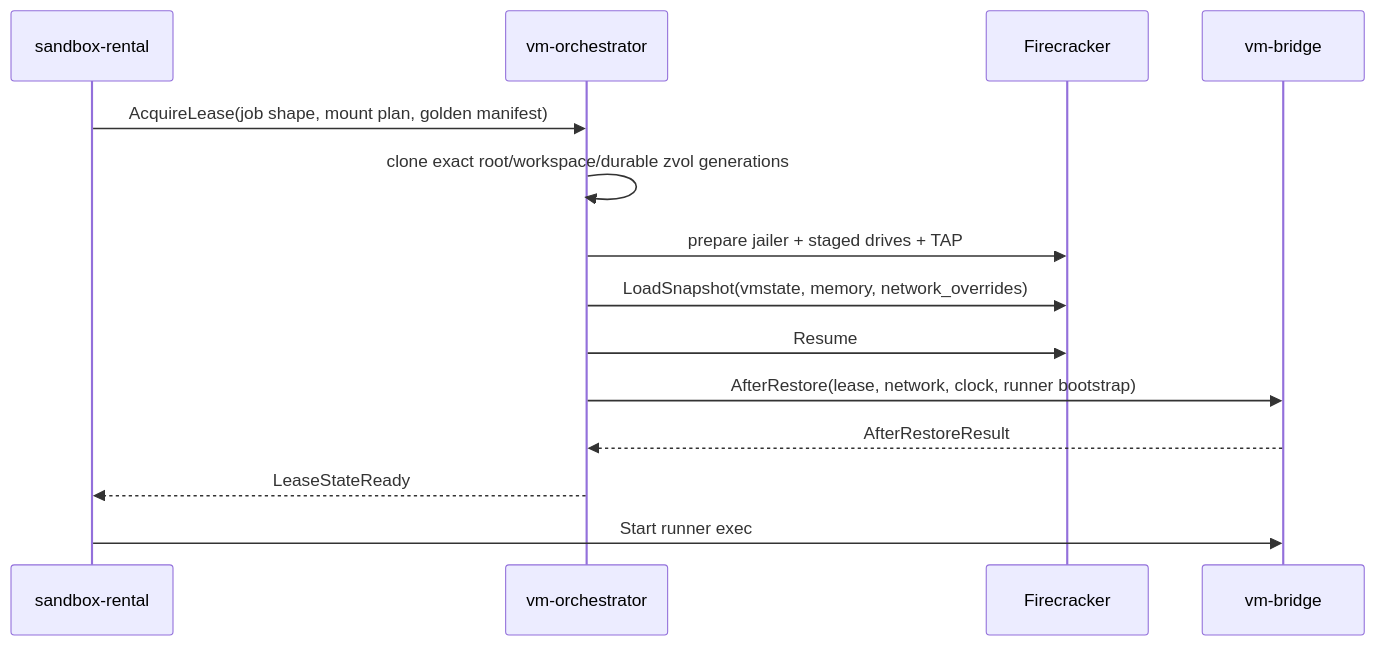
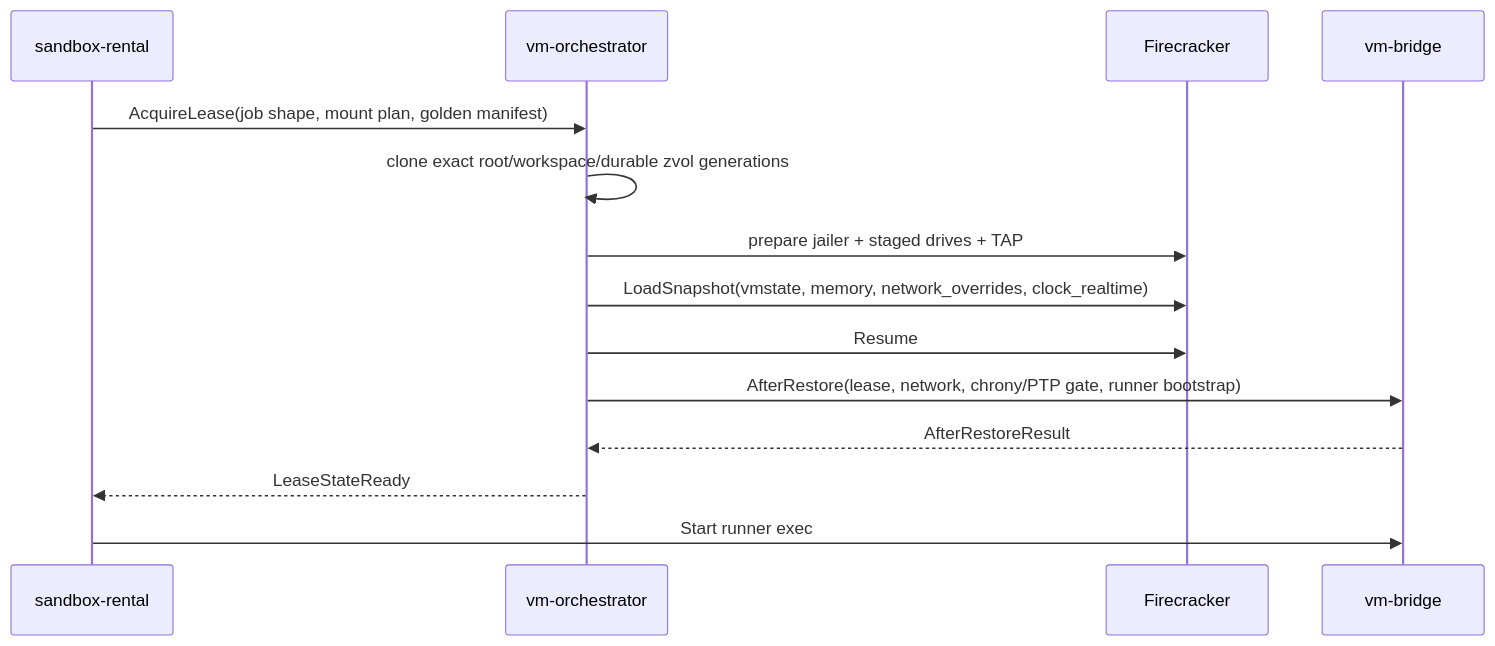
Before and after one commit to guardian-intelligence/verself: the third of 6 diagrams in src/substrate/vm-orchestrator/docs/firecracker-snapshot-lifecycle.md, drawn with Mermaid. The commit also changed other lines of this file and 17 other files, not shown here.

Commit message:
Harden Firecracker restore clock sync with chrony

````diff
--- a/src/substrate/vm-orchestrator/docs/firecracker-snapshot-lifecycle.md
+++ b/src/substrate/vm-orchestrator/docs/firecracker-snapshot-lifecycle.md
@@ -71,17 +71,17 @@
 ```mermaid
 sequenceDiagram
     participant SR as sandbox-rental
     participant VMO as vm-orchestrator
     participant FC as Firecracker
     participant VB as vm-bridge
 
     SR->>VMO: AcquireLease(job shape, mount plan, golden manifest)
     VMO->>VMO: clone exact root/workspace/durable zvol generations
     VMO->>FC: prepare jailer + staged drives + TAP
-    VMO->>FC: LoadSnapshot(vmstate, memory, network_overrides)
+    VMO->>FC: LoadSnapshot(vmstate, memory, network_overrides, clock_realtime)
     VMO->>FC: Resume
-    VMO->>VB: AfterRestore(lease, network, clock, runner bootstrap)
+    VMO->>VB: AfterRestore(lease, network, chrony/PTP gate, runner bootstrap)
     VB-->>VMO: AfterRestoreResult
     VMO-->>SR: LeaseStateReady
     SR->>VB: Start runner exec
 ```
````
